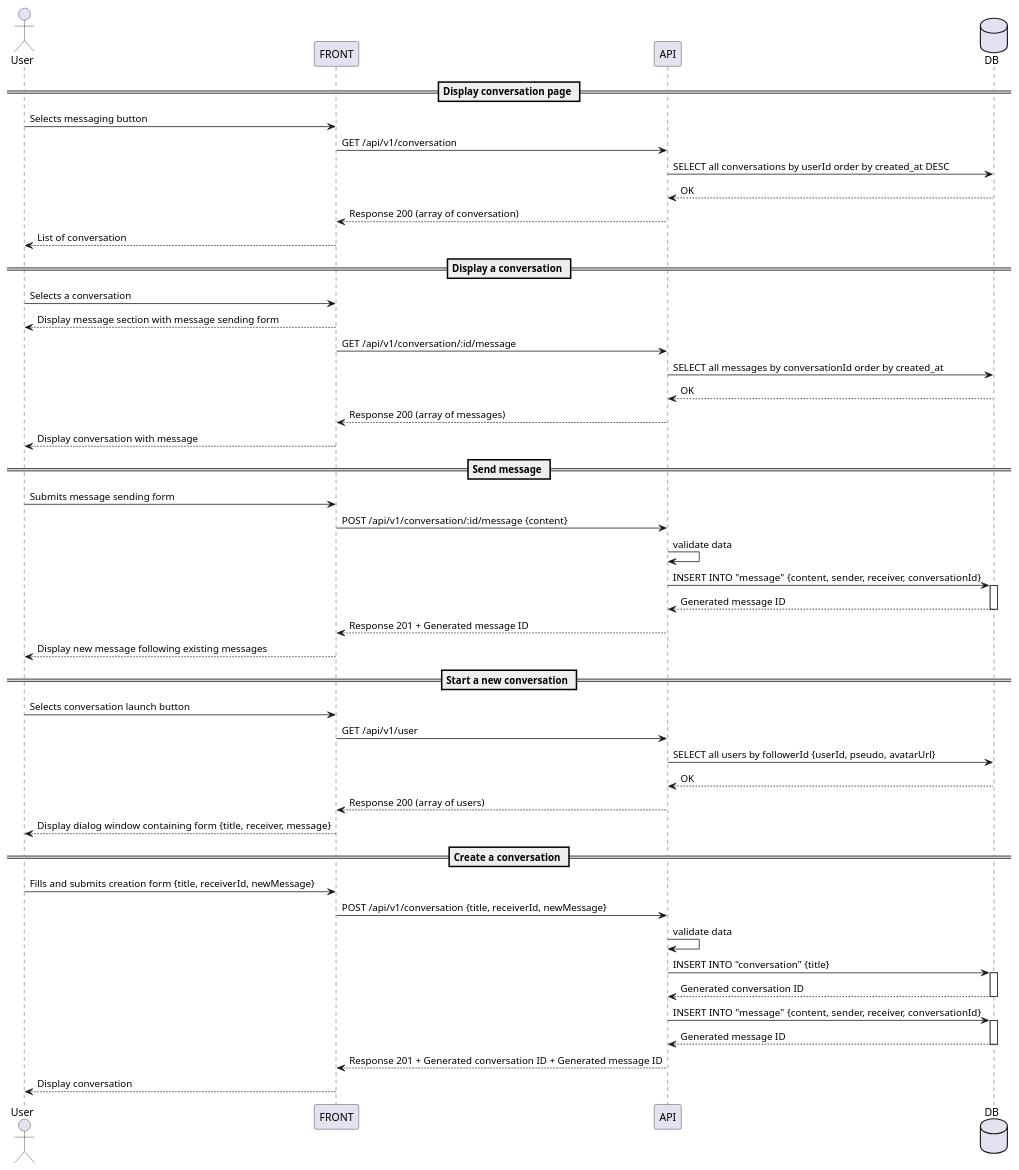
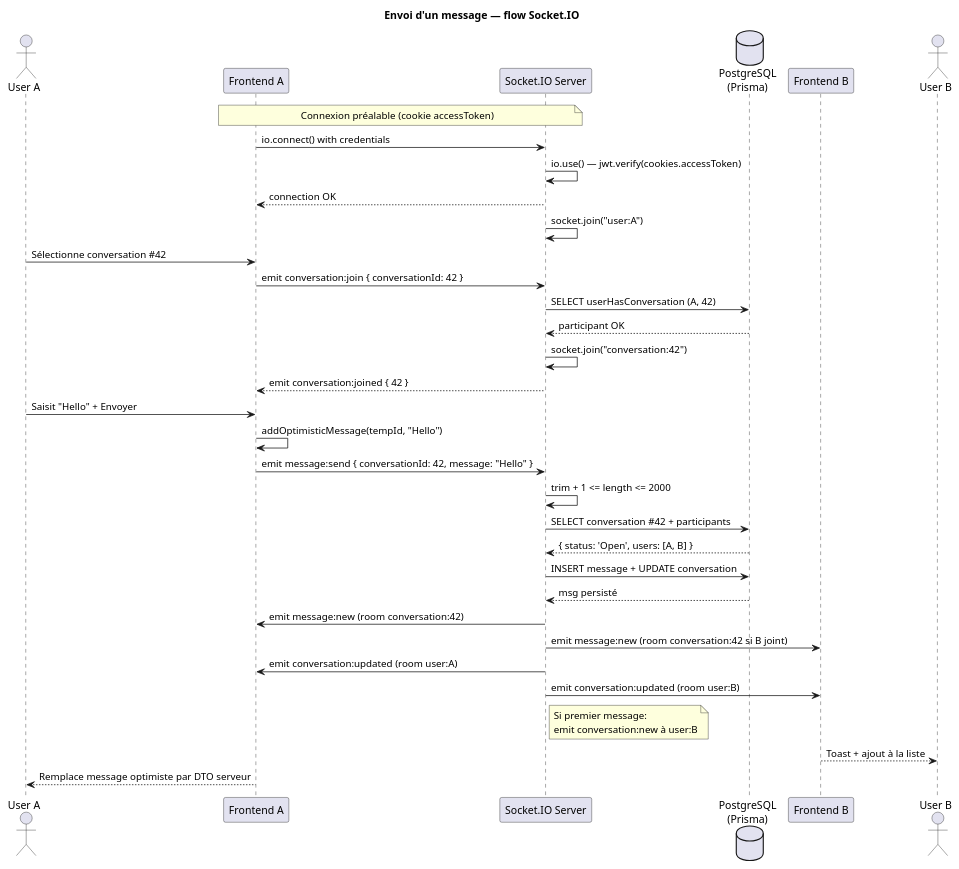
Before and after one commit to Sojeremy/documentation-skillswap: the diagram in docs/uml/sequence/conversation.puml, drawn with PlantUML.

Commit message:
docs(uml): conversation.puml mis à jour Socket.IO (PNG à régénérer manuellement)

```diff
--- a/docs/uml/sequence/conversation.puml
+++ b/docs/uml/sequence/conversation.puml
@@ -1,59 +1,41 @@
-@startuml Contact page
+@startuml conversation
+title Envoi d'un message — flow Socket.IO
 
-actor User
-participant FRONT
-participant API
-database DB
+actor "User A" as UA
+participant "Frontend A" as FA
+participant "Socket.IO Server" as SS
+database "PostgreSQL\n(Prisma)" as DB
+participant "Frontend B" as FB
+actor "User B" as UB
 
-== Display conversation page ==
-User -> FRONT : Selects messaging button
-FRONT -> API : GET /api/v1/conversation
-API -> DB : SELECT all conversations by userId order by created_at DESC
-DB --> API : OK
-API --> FRONT : Response 200 (array of conversation) 
-FRONT --> User : List of conversation
+note over FA, SS: Connexion préalable (cookie accessToken)
 
-== Display a conversation ==
-User -> FRONT : Selects a conversation
-FRONT --> User : Display message section with message sending form
-FRONT -> API : GET /api/v1/conversation/:id/message
-API -> DB : SELECT all messages by conversationId order by created_at 
-DB --> API : OK
-API --> FRONT : Response 200 (array of messages) 
-FRONT --> User : Display conversation with message
+FA -> SS : io.connect() with credentials
+SS -> SS : io.use() — jwt.verify(cookies.accessToken)
+SS --> FA : connection OK
+SS -> SS : socket.join("user:A")
 
-== Send message ==
-User -> FRONT : Submits message sending form
-FRONT -> API : POST /api/v1/conversation/:id/message {content}
-API -> API : validate data
-API -> DB : INSERT INTO "message" {content, sender, receiver, conversationId}
-activate DB
-DB --> API : Generated message ID
-deactivate DB
-API --> FRONT : Response 201 + Generated message ID
-FRONT --> User : Display new message following existing messages
+UA -> FA : Sélectionne conversation #42
+FA -> SS : emit conversation:join { conversationId: 42 }
+SS -> DB : SELECT userHasConversation (A, 42)
+DB --> SS : participant OK
+SS -> SS : socket.join("conversation:42")
+SS --> FA : emit conversation:joined { 42 }
 
-== Start a new conversation ==
-User -> FRONT : Selects conversation launch button
-FRONT -> API : GET /api/v1/user
-API -> DB : SELECT all users by followerId {userId, pseudo, avatarUrl} 
-DB --> API : OK
-API --> FRONT : Response 200 (array of users) 
-FRONT --> User : Display dialog window containing form {title, receiver, message}
-
-== Create a conversation ==
-User -> FRONT : Fills and submits creation form {title, receiverId, newMessage}
-FRONT -> API : POST /api/v1/conversation {title, receiverId, newMessage}
-API -> API : validate data
-API -> DB : INSERT INTO "conversation" {title}
-activate DB
-DB --> API : Generated conversation ID
-deactivate DB
-API -> DB : INSERT INTO "message" {content, sender, receiver, conversationId}
-activate DB
-DB --> API : Generated message ID
-deactivate DB
-API --> FRONT : Response 201 + Generated conversation ID + Generated message ID
-FRONT --> User : Display conversation
+UA -> FA : Saisit "Hello" + Envoyer
+FA -> FA : addOptimisticMessage(tempId, "Hello")
+FA -> SS : emit message:send { conversationId: 42, message: "Hello" }
+SS -> SS : trim + 1 <= length <= 2000
+SS -> DB : SELECT conversation #42 + participants
+DB --> SS : { status: 'Open', users: [A, B] }
+SS -> DB : INSERT message + UPDATE conversation
+DB --> SS : msg persisté
+SS -> FA : emit message:new (room conversation:42)
+SS -> FB : emit message:new (room conversation:42 si B joint)
+SS -> FA : emit conversation:updated (room user:A)
+SS -> FB : emit conversation:updated (room user:B)
+note right of SS : Si premier message:\nemit conversation:new à user:B
+FB --> UB : Toast + ajout à la liste
+FA --> UA : Remplace message optimiste par DTO serveur
 
 @enduml
```
